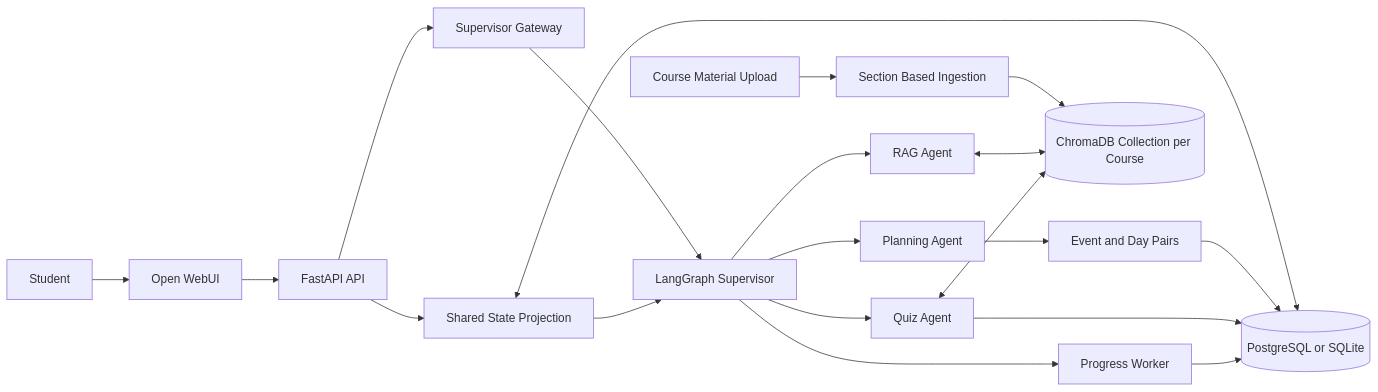
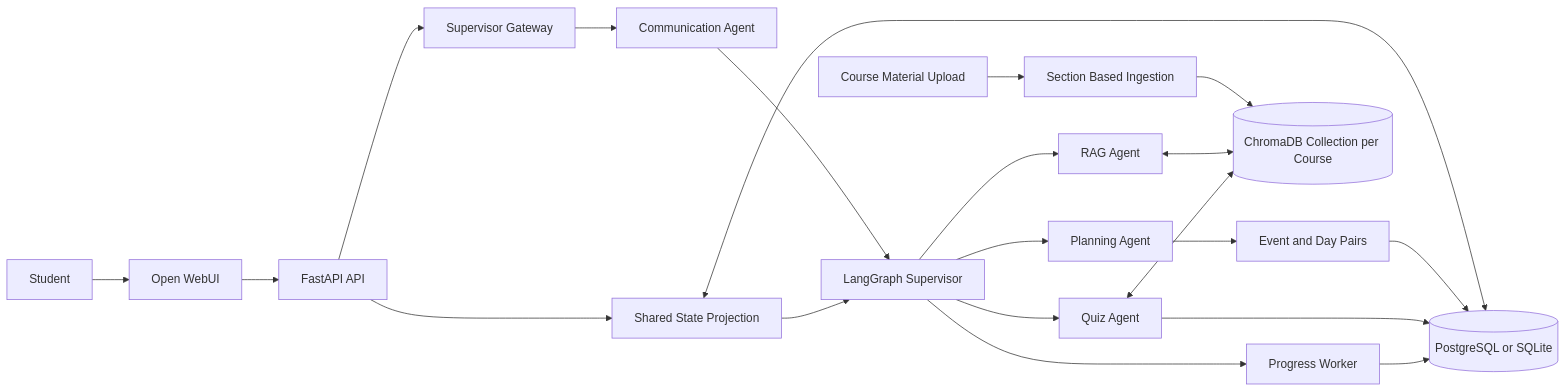
The first of 2 diagrams in README.md (majedco03/Nahaj), drawn with Mermaid before and after one commit. The commit also changed other lines of this file and 23 other files, not shown here.

````diff
--- a/README.md
+++ b/README.md
@@ -34,26 +34,27 @@
 ```mermaid
 flowchart LR
     Student[Student] --> UI[Open WebUI]
     UI --> API[FastAPI API]
     API --> Gateway[Supervisor Gateway]
-    Gateway --> Graph[LangGraph Supervisor]
+    Gateway --> Communication[Communication Agent]
+    Communication --> Graph[LangGraph Supervisor]
 
     Graph --> RAG[RAG Agent]
     Graph --> Planner[Planning Agent]
     Graph --> Quiz[Quiz Agent]
     Graph --> Progress[Progress Worker]
 
     API --> State[Shared State Projection]
     State --> Graph
     State <--> DB[(PostgreSQL or SQLite)]
 
     Upload[Course Material Upload] --> Ingestion[Section Based Ingestion]
     Ingestion --> Chroma[(ChromaDB Collection per Course)]
     RAG <--> Chroma
     Quiz <--> Chroma
 
     Planner --> Events[Event and Day Pairs]
     Events --> DB
     Quiz --> DB
     Progress --> DB
 ```
````
